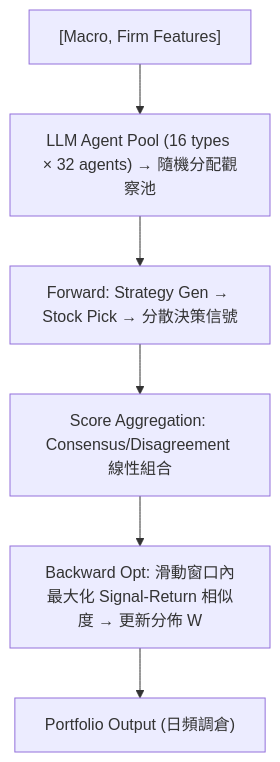
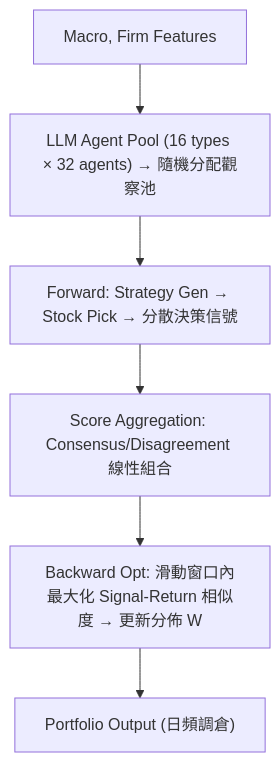
One commit to sou350121/Trading-Handbook changed the diagram in foundations/llm-agentic/mass.md. Above: the diagram before and after it, drawn with Mermaid. The commit also changed 191 other files, not shown here.

First line of the commit message:
render: fix math + mermaid for GitHub across the corpus (188 pages)

````diff
--- a/foundations/llm-agentic/mass.md
+++ b/foundations/llm-agentic/mass.md
@@ -30,8 +30,8 @@
 ```mermaid
 flowchart TD
-    A["[Macro, Firm Features]"] --> B["LLM Agent Pool (16 types × 32 agents) → 隨機分配觀察池"]
+    A["Macro, Firm Features"] --> B["LLM Agent Pool (16 types × 32 agents) → 隨機分配觀察池"]
     B --> C["Forward: Strategy Gen → Stock Pick → 分散決策信號"]
     C --> D["Score Aggregation: Consensus/Disagreement 線性組合"]
     D --> E["Backward Opt: 滑動窗口內最大化 Signal-Return 相似度 → 更新分佈 W"]
     E --> F["Portfolio Output (日頻調倉)"]
 ```
````
